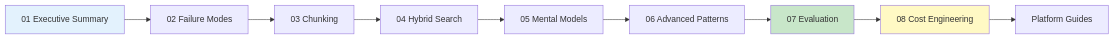
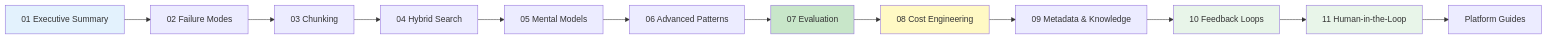
One commit to MarioLazo/rag-production-guide changed the diagram in docs/README.md. Above: the diagram before and after it, drawn with Mermaid. The commit also changed other lines of this file and 10 other files, not shown here.

````diff
--- a/docs/README.md
+++ b/docs/README.md
@@ -73,16 +76,21 @@
 ```mermaid
 flowchart LR
     A[01 Executive Summary] --> B[02 Failure Modes]
     B --> C[03 Chunking]
     C --> D[04 Hybrid Search]
     D --> E[05 Mental Models]
     E --> F[06 Advanced Patterns]
     F --> G[07 Evaluation]
     G --> H[08 Cost Engineering]
-    
-    H --> I[Platform Guides]
-    
+    H --> I[09 Metadata & Knowledge]
+    I --> J[10 Feedback Loops]
+    J --> K[11 Human-in-the-Loop]
+
+    K --> L[Platform Guides]
+
     style A fill:#e3f2fd
     style G fill:#c8e6c9
     style H fill:#fff9c4
+    style J fill:#e8f5e9
+    style K fill:#e8f5e9
 ```
````
